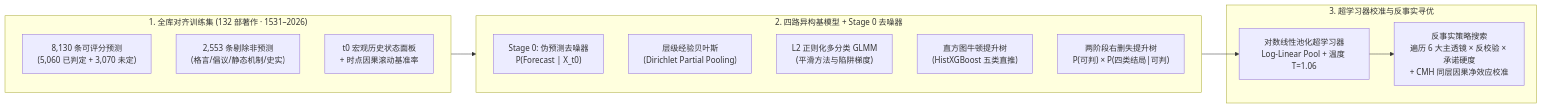
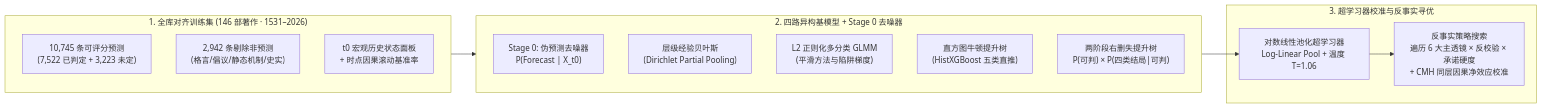
The diagram in docs/06-forecast-method-optimization.md (nebulonvc/forecast-lab), drawn with Mermaid before and after one commit. The commit also changed other lines of this file and 34 other files, not shown here.

````diff
--- a/docs/06-forecast-method-optimization.md
+++ b/docs/06-forecast-method-optimization.md
@@ -32,23 +32,23 @@
 ```mermaid
 flowchart LR
-    subgraph Data["1. 全库对齐训练集 (132 部著作 · 1531–2026)"]
-        D1["8,130 条可评分预测\n(5,060 已判定 + 3,070 未定)"]
-        D2["2,553 条剔除非预测\n(格言/倡议/静态机制/史实)"]
+    subgraph Data["1. 全库对齐训练集 (146 部著作 · 1531–2026)"]
+        D1["10,745 条可评分预测\n(7,522 已判定 + 3,223 未定)"]
+        D2["2,942 条剔除非预测\n(格言/倡议/静态机制/史实)"]
         D3["t0 宏观历史状态面板\n+ 时点因果滚动基准率"]
     end
 
     subgraph Models["2. 四路异构基模型 + Stage 0 去噪器"]
         S0["Stage 0: 伪预测去噪器\nP(Forecast | X_t0)"]
         M2["层级经验贝叶斯\n(Dirichlet Partial Pooling)"]
         M4["L2 正则化多分类 GLMM\n(平滑方法与陷阱梯度)"]
         M5["直方图牛顿提升树\n(HistXGBoost 五类直推)"]
         M6["两阶段右删失提升树\nP(可判) × P(四类结局|可判)"]
     end
 
     subgraph Opt["3. 超学习器校准与反事实寻优"]
         SL["对数线性池化超学习器\nLog-Linear Pool + 温度 T=1.06"]
         CF["反事实策略搜索\n遍历 6 大主透镜 × 反校验 × 承诺硬度\n+ CMH 同层因果净效应校准"]
     end
 
     Data --> Models --> SL --> CF
 ```
````
